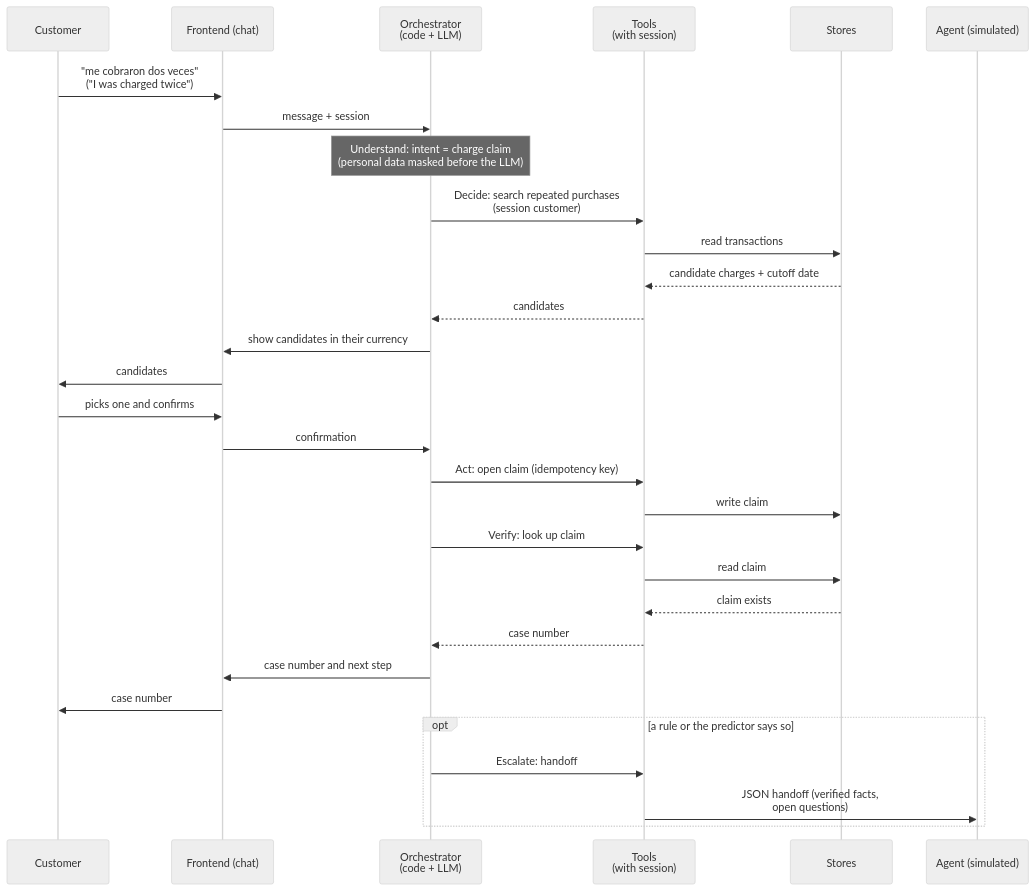
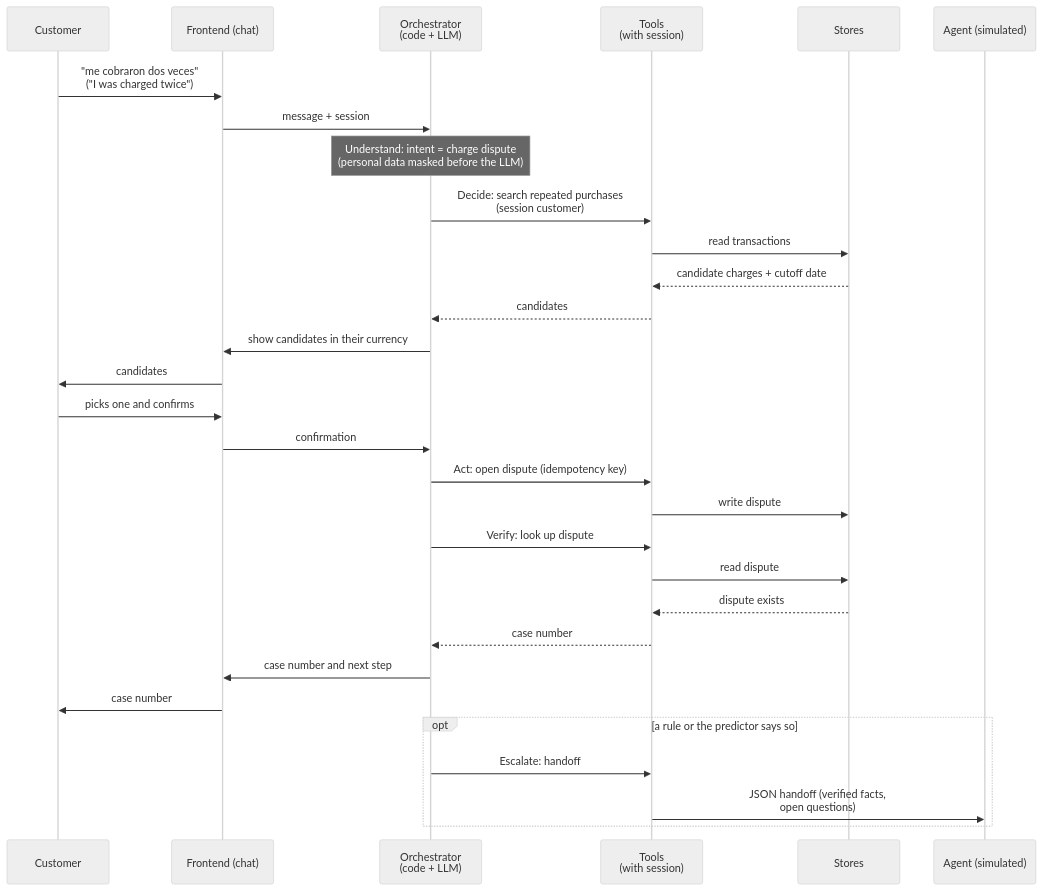
Before and after one commit to rdorta27/factored-hackathon-2026-sentinel-engine: the fourth of 4 diagrams in docs/understand/architecture.md, drawn with Mermaid (neutral theme). The commit also changed other lines of this file and 13 other files, not shown here.

````diff
--- a/docs/understand/architecture.md
+++ b/docs/understand/architecture.md
@@ -89,32 +89,32 @@
 ```mermaid
 sequenceDiagram
     participant C as Customer
     participant F as Frontend (chat)
     participant O as Orchestrator<br/>(code + LLM)
     participant T as Tools<br/>(with session)
     participant S as Stores
     participant A as Agent (simulated)
     C->>F: "me cobraron dos veces"<br/>("I was charged twice")
     F->>O: message + session
-    Note over O: Understand: intent = charge claim<br/>(personal data masked before the LLM)
+    Note over O: Understand: intent = charge dispute<br/>(personal data masked before the LLM)
     O->>T: Decide: search repeated purchases<br/>(session customer)
     T->>S: read transactions
     S-->>T: candidate charges + cutoff date
     T-->>O: candidates
     O->>F: show candidates in their currency
     F->>C: candidates
     C->>F: picks one and confirms
     F->>O: confirmation
-    O->>T: Act: open claim (idempotency key)
-    T->>S: write claim
-    O->>T: Verify: look up claim
-    T->>S: read claim
-    S-->>T: claim exists
+    O->>T: Act: open dispute (idempotency key)
+    T->>S: write dispute
+    O->>T: Verify: look up dispute
+    T->>S: read dispute
+    S-->>T: dispute exists
     T-->>O: case number
     O->>F: case number and next step
     F->>C: case number
     opt a rule or the predictor says so
         O->>T: Escalate: handoff
         T->>A: JSON handoff (verified facts,<br/>open questions)
     end
 ```
````
